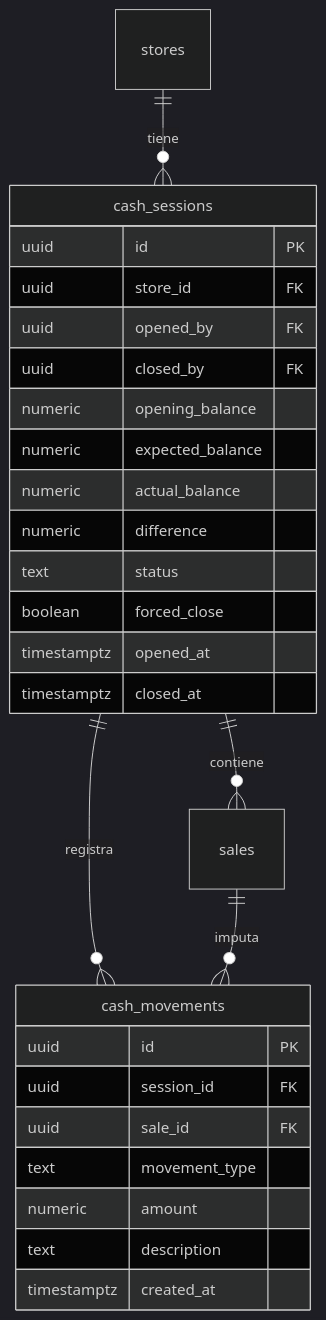
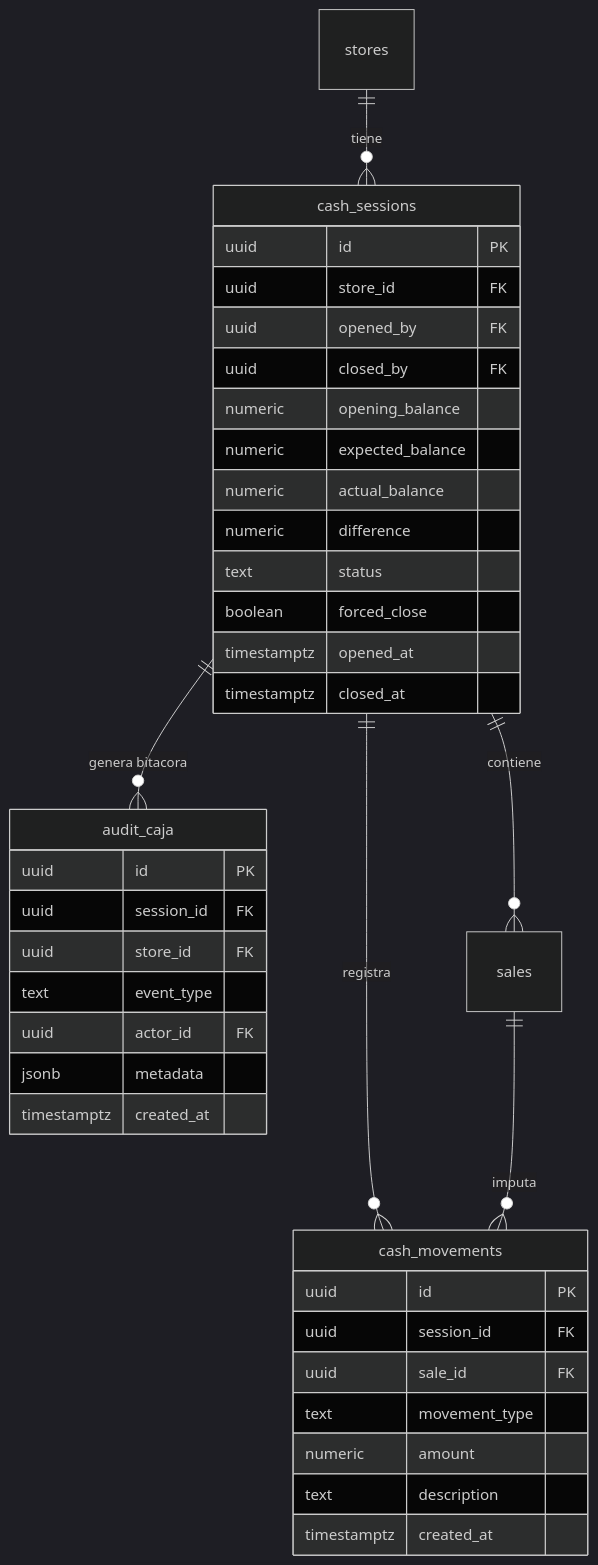
The sixth of 6 diagrams in documentation/01_requirements/SDD/SDD_004_CONTROL_DE_CAJA.md (YamirJCF/tienda-barrio-pro), drawn with Mermaid (dark theme) before and after one commit. The commit also changed other lines of this file, not shown here.

````diff
--- a/documentation/01_requirements/SDD/SDD_004_CONTROL_DE_CAJA.md
+++ b/documentation/01_requirements/SDD/SDD_004_CONTROL_DE_CAJA.md
@@ -281,32 +376,43 @@
 ```mermaid
 erDiagram
     stores ||--o{ cash_sessions : "tiene"
     cash_sessions ||--o{ cash_movements : "registra"
+    cash_sessions ||--o{ audit_caja : "genera bitacora"
     cash_sessions ||--o{ sales : "contiene"
     sales ||--o{ cash_movements : "imputa"
 
     cash_sessions {
         uuid id PK
         uuid store_id FK
         uuid opened_by FK
         uuid closed_by FK
         numeric opening_balance
         numeric expected_balance
         numeric actual_balance
         numeric difference
         text status
         boolean forced_close
         timestamptz opened_at
         timestamptz closed_at
     }
 
     cash_movements {
         uuid id PK
         uuid session_id FK
         uuid sale_id FK
         text movement_type
         numeric amount
         text description
         timestamptz created_at
     }
+
+    audit_caja {
+        uuid id PK
+        uuid session_id FK
+        uuid store_id FK
+        text event_type
+        uuid actor_id FK
+        jsonb metadata
+        timestamptz created_at
+    }
 ```
````
